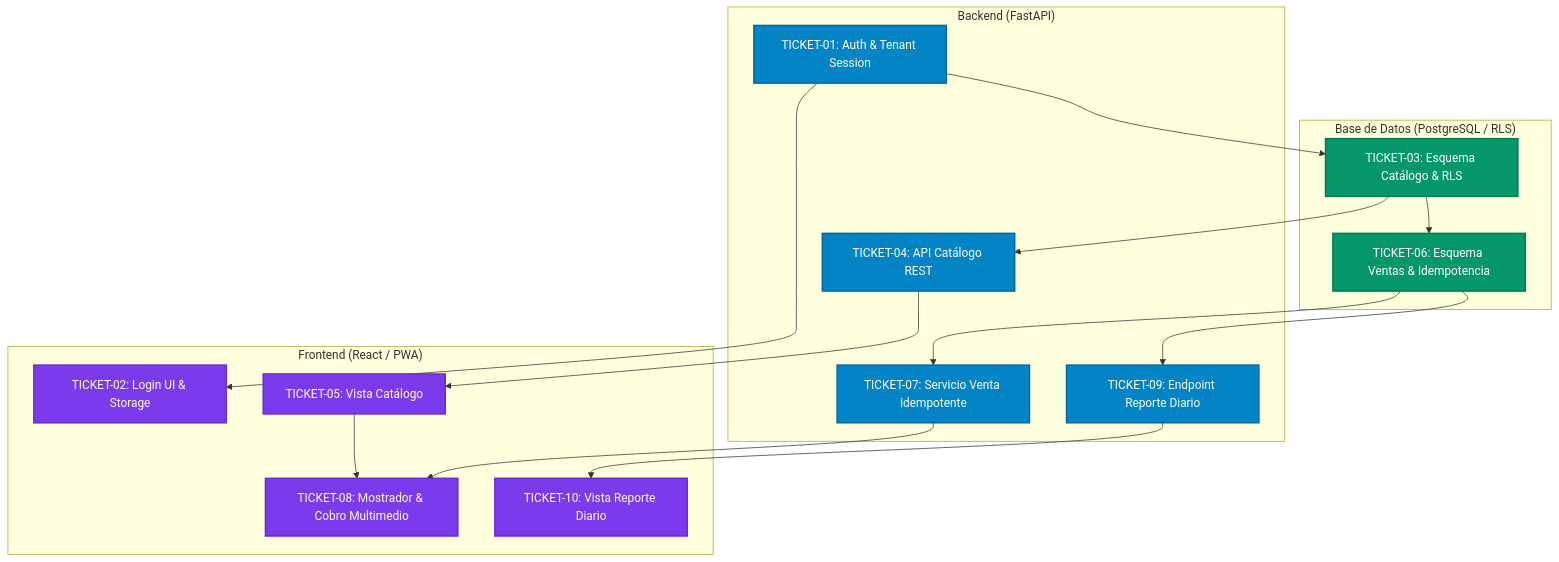
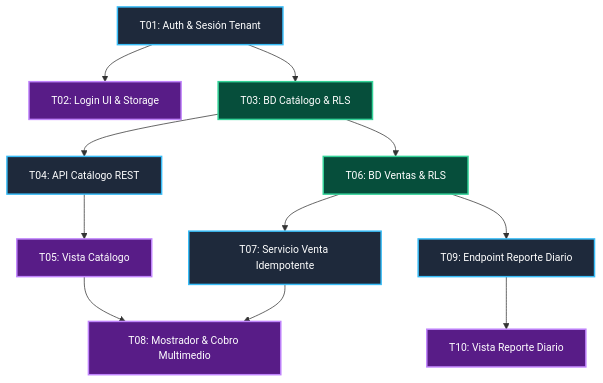
Before and after one commit to ninargue/registro-venta-micro: the diagram in docs/backlog/backlog-priorizado.md, drawn with Mermaid.

Commit message:
style: optimiza tamaño de fuente y layout vertical en backlog-priorizado.md

````diff
--- a/docs/backlog/backlog-priorizado.md
+++ b/docs/backlog/backlog-priorizado.md
@@ -11,36 +11,28 @@
 ```mermaid
-graph TD
-    classDef be fill:#0284c7,stroke:#0369a1,stroke-width:2px,color:#ffffff;
-    classDef fe fill:#7c3aed,stroke:#6d28d9,stroke-width:2px,color:#ffffff;
-    classDef db fill:#059669,stroke:#047857,stroke-width:2px,color:#ffffff;
+flowchart TD
+    classDef default fill:#1e293b,stroke:#38bdf8,stroke-width:2px,color:#ffffff,font-size:14px;
+    classDef db fill:#064e3b,stroke:#34d399,stroke-width:2px,color:#ffffff,font-size:14px;
+    classDef fe fill:#581c87,stroke:#c084fc,stroke-width:2px,color:#ffffff,font-size:14px;
 
-    subgraph BE ["Backend (FastAPI)"]
-        T01["TICKET-01: Auth & Tenant Session"]:::be
-        T04["TICKET-04: API Catálogo REST"]:::be
-        T07["TICKET-07: Servicio Venta Idempotente"]:::be
-        T09["TICKET-09: Endpoint Reporte Diario"]:::be
-    end
-
-    subgraph DB ["Base de Datos (PostgreSQL / RLS)"]
-        T03["TICKET-03: Esquema Catálogo & RLS"]:::db
-        T06["TICKET-06: Esquema Ventas & Idempotencia"]:::db
-    end
-
-    subgraph FE ["Frontend (React / PWA)"]
-        T02["TICKET-02: Login UI & Storage"]:::fe
-        T05["TICKET-05: Vista Catálogo"]:::fe
-        T08["TICKET-08: Mostrador & Cobro Multimedio"]:::fe
-        T10["TICKET-10: Vista Reporte Diario"]:::fe
-    end
+    T01["T01: Auth & Sesión Tenant"]
+    T02["T02: Login UI & Storage"]:::fe
+    T03["T03: BD Catálogo & RLS"]:::db
+    T04["T04: API Catálogo REST"]
+    T05["T05: Vista Catálogo"]:::fe
+    T06["T06: BD Ventas & RLS"]:::db
+    T07["T07: Servicio Venta Idempotente"]
+    T08["T08: Mostrador & Cobro Multimedio"]:::fe
+    T09["T09: Endpoint Reporte Diario"]
+    T10["T10: Vista Reporte Diario"]:::fe
 
     T01 --> T02
     T01 --> T03
     T03 --> T04
     T04 --> T05
     T03 --> T06
     T06 --> T07
     T05 --> T08
     T07 --> T08
     T06 --> T09
     T09 --> T10
 ```
````
